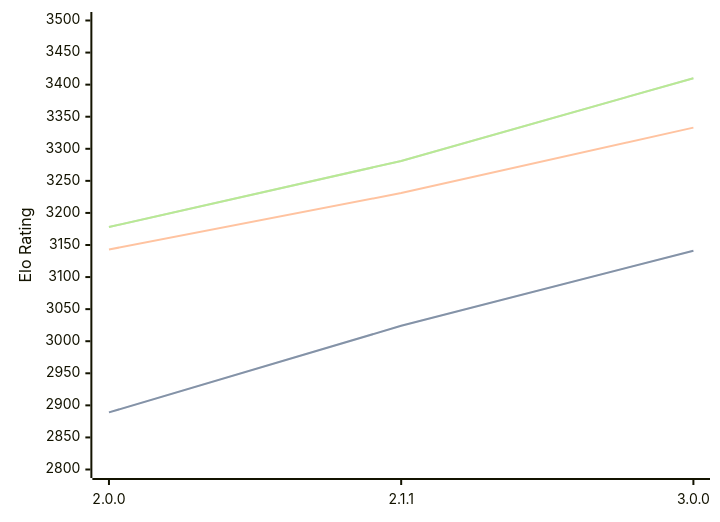
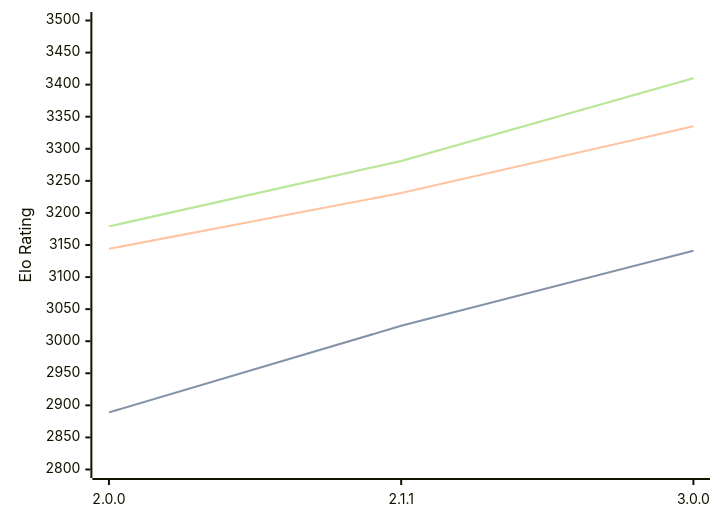
One commit to computer-chess-index/cci changed the diagram in engines/Bread.md. Above: the diagram before and after it, drawn with Mermaid. The commit also changed other lines of this file, not shown here.

Commit message:
Update CCI Ratings (ELO VLTC) - 2026-04-05

````diff
--- a/engines/Bread.md
+++ b/engines/Bread.md
@@ -51,11 +51,11 @@
 ```mermaid
 %%{init: {"theme":"base","themeVariables":{"seriesColors:['#a3a3a3','#222221','#faa371']}}}%%
 xychart-beta
   x-axis ["2.0.0", "2.1.1", "3.0.0"]
   y-axis "Elo Rating" 2800 --> 3500
   line "STC (8.0+0.08s)" [2889, 3024, 3141]
   line "STC (8.0+0.08s)" [2889, 3024, 3141]
-  line "LTC (60.0+0.60s)" [3143, 3231, 3333]
-  line "VLTC (2m24s+1.12s)" [3178, 3281, 3410]
-  line "VLTC (2m24s+1.12s)" [3178, 3281, 3410]
+  line "LTC (60.0+0.60s)" [3144, 3231, 3335]
+  line "VLTC (2m24s+1.12s)" [3179, 3281, 3410]
+  line "VLTC (2m24s+1.12s)" [3179, 3281, 3410]
 ```
````
